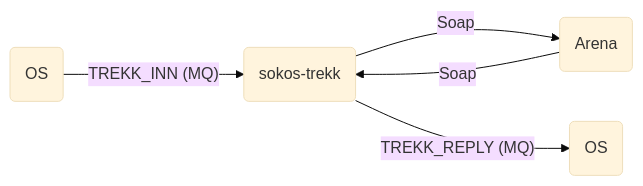
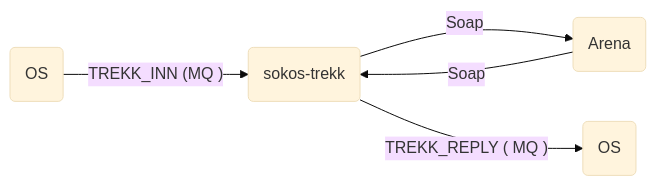
The first of 2 diagrams in README.md (navikt/sokos-trekk), drawn with Mermaid (base theme) before and after one commit. The commit also changed other lines of this file and 9 other files, not shown here.

````diff
--- a/README.md
+++ b/README.md
@@ -60,7 +60,7 @@
 ```mermaid
 flowchart LR
-    osout("OS") -- TREKK_INN (MQ) --> trekk("sokos-trekk")
-    trekk -- Soap --> arena("Arena")
-    arena -- Soap --> trekk
-    trekk -- TREKK_REPLY (MQ) --> osinn("OS")
+    osout("OS") -- TREKK_INN (MQ ) --> trekk("sokos-trekk")
+trekk -- Soap --> arena("Arena")
+arena -- Soap --> trekk
+trekk -- TREKK_REPLY ( MQ ) --> osinn("OS")
 ```
````
